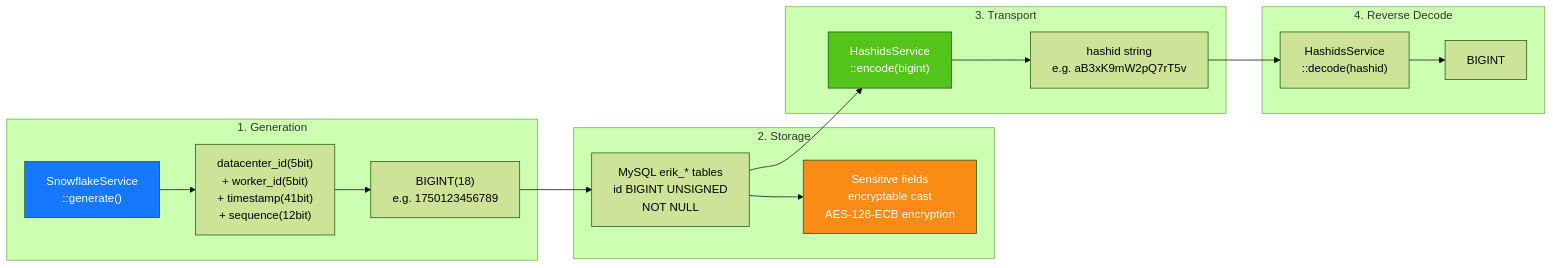
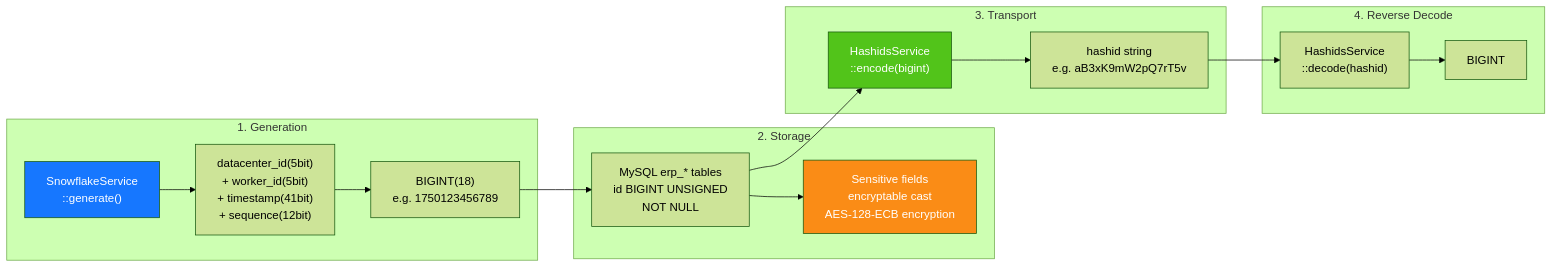
One commit to erikwang2013/erp-php changed the seventh of 20 diagrams in docs/i18n/en/ARCHITECTURE.md. Above: the diagram before and after it, drawn with Mermaid (forest theme). The commit also changed other lines of this file and 449 other files, not shown here.

First line of the commit message:
全局命名统一：数据库 erp、表前缀 erp_、Redis 前缀 erp:（原 erik_/open_admin）

````diff
--- a/docs/i18n/en/ARCHITECTURE.md
+++ b/docs/i18n/en/ARCHITECTURE.md
@@ -373,33 +373,33 @@
 ```mermaid
 flowchart LR
     subgraph "1. Generation"
         G1["SnowflakeService<br/>::generate()"]
         G2["datacenter_id(5bit)<br/>+ worker_id(5bit)<br/>+ timestamp(41bit)<br/>+ sequence(12bit)"]
         G3["BIGINT(18)<br/>e.g. 1750123456789"]
         G1 --> G2 --> G3
     end
 
     subgraph "2. Storage"
-        S1["MySQL erik_* tables<br/>id BIGINT UNSIGNED<br/>NOT NULL"]
+        S1["MySQL erp_* tables<br/>id BIGINT UNSIGNED<br/>NOT NULL"]
         S2["Sensitive fields<br/>encryptable cast<br/>AES-128-ECB encryption"]
         G3 --> S1
         S1 --> S2
     end
 
     subgraph "3. Transport"
         T1["HashidsService<br/>::encode(bigint)"]
         T2["hashid string<br/>e.g. aB3xK9mW2pQ7rT5v"]
         S1 --> T1
         T1 --> T2
     end
 
     subgraph "4. Reverse Decode"
         R1["HashidsService<br/>::decode(hashid)"]
         R2["BIGINT"]
         T2 --> R1 --> R2
     end
 
     style G1 fill:#1677FF,color:#fff
     style T1 fill:#52C41A,color:#fff
     style S2 fill:#FA8C16,color:#fff
 ```
````
